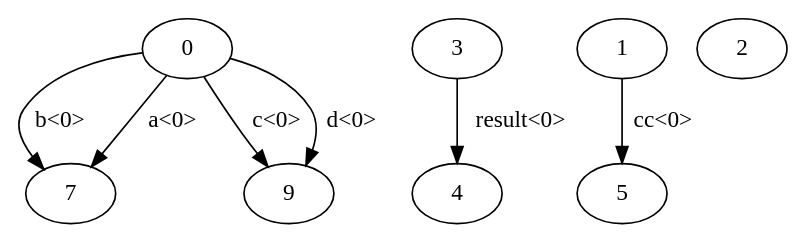
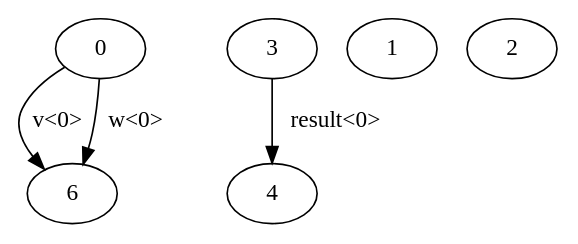
One commit to varivera/aliasing-java changed the diagram in AliasingImpl/source/test.dot. Above: the diagram before and after it, drawn with Graphviz. The commit also changed 8 other files, not shown here.

```diff
--- a/AliasingImpl/source/test.dot
+++ b/AliasingImpl/source/test.dot
@@ -1,16 +1,11 @@
 digraph G {
-n0->n7 [label="b<0>"]
-n0->n9 [label="c<0>"]
-n0->n9 [label="d<0>"]
-n0->n7 [label="a<0>"]
+n0->n6 [label="v<0>"]
+n0->n6 [label="w<0>"]
 n0[label="0"]
-n7[label="7"]
-n9[label="9"]
+n6[label="6"]
 n3->n4 [label="result<0>"]
 n3[label="3"]
 n4[label="4"]
-n1->n5 [label="cc<0>"]
 n1[label="1"]
-n5[label="5"]
 n2[label="2"]
 }
```
